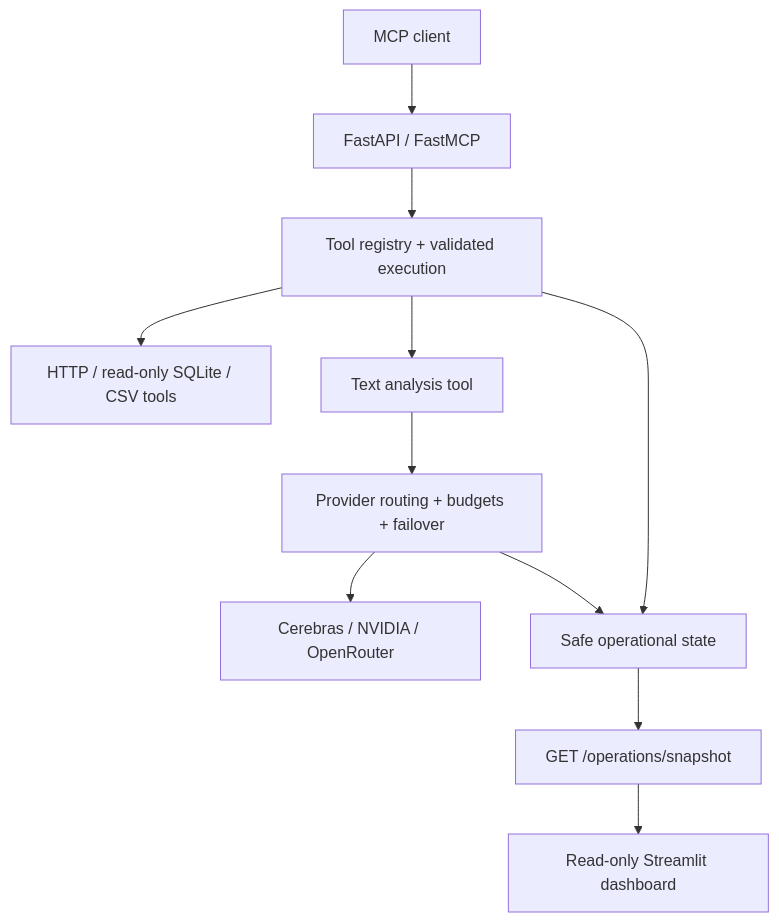
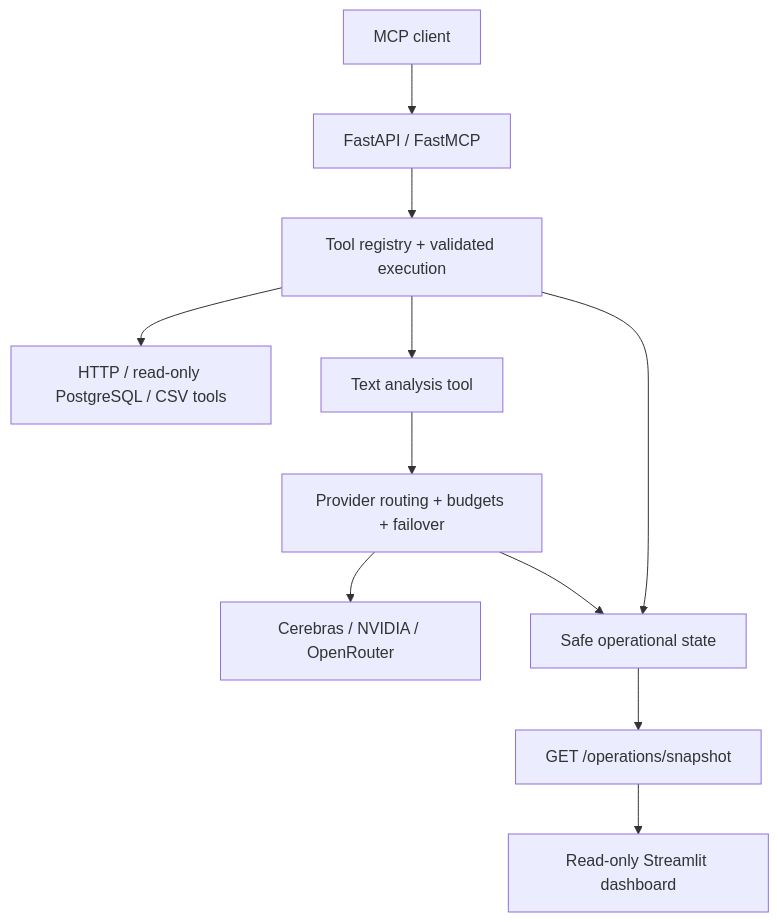
The diagram in README.md (LeelaissakAttota/ToolBridge-MCP-Server), drawn with Mermaid before and after one commit. The commit also changed other lines of this file, not shown here.

Commit message:
docs: add PostgreSQL setup steps for team members to README

````diff
--- a/README.md
+++ b/README.md
@@ -87,13 +87,13 @@
 ```mermaid
 flowchart TD
     Client["MCP client"] --> API["FastAPI / FastMCP"]
     API --> Executor["Tool registry + validated execution"]
-    Executor --> Data["HTTP / read-only SQLite / CSV tools"]
+    Executor --> Data["HTTP / read-only PostgreSQL / CSV tools"]
     Executor --> Analysis["Text analysis tool"]
     Analysis --> Router["Provider routing + budgets + failover"]
     Router --> Providers["Cerebras / NVIDIA / OpenRouter"]
     Executor --> Operations["Safe operational state"]
     Router --> Operations
     Operations --> Snapshot["GET /operations/snapshot"]
     Snapshot --> Dashboard["Read-only Streamlit dashboard"]
 ```
````
